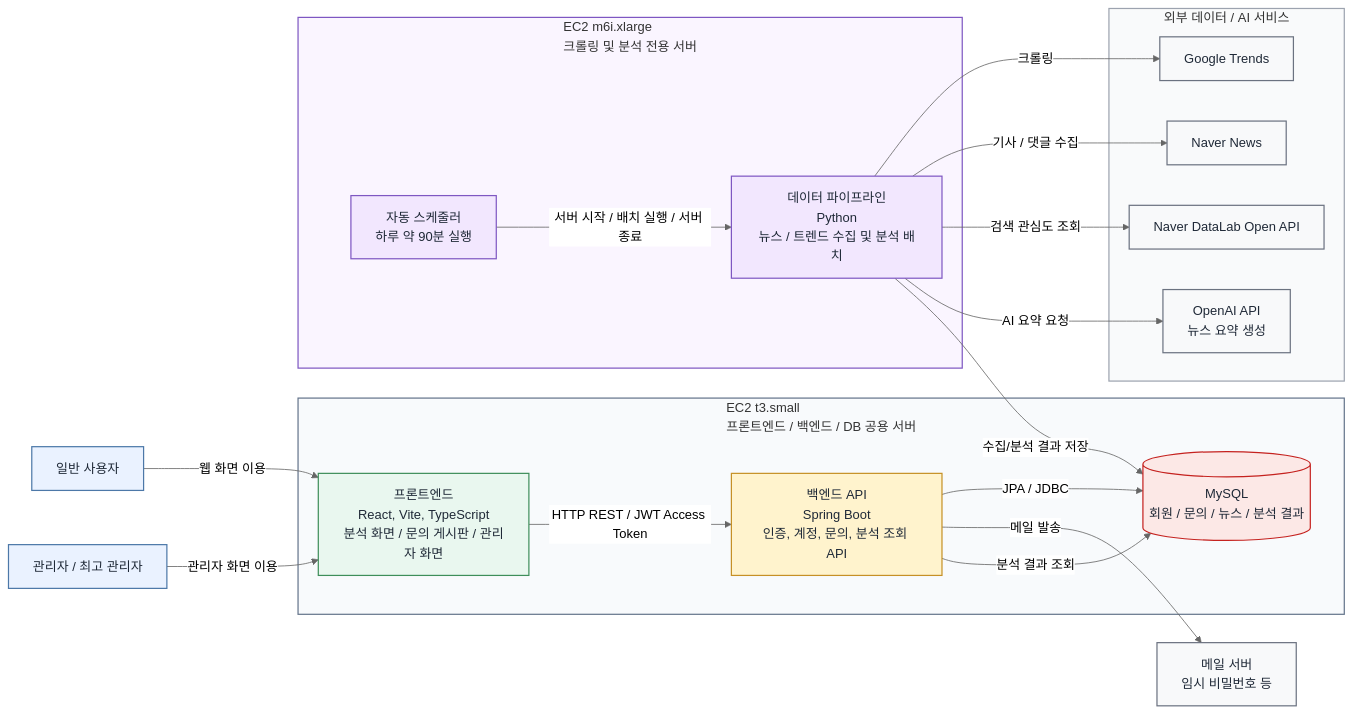
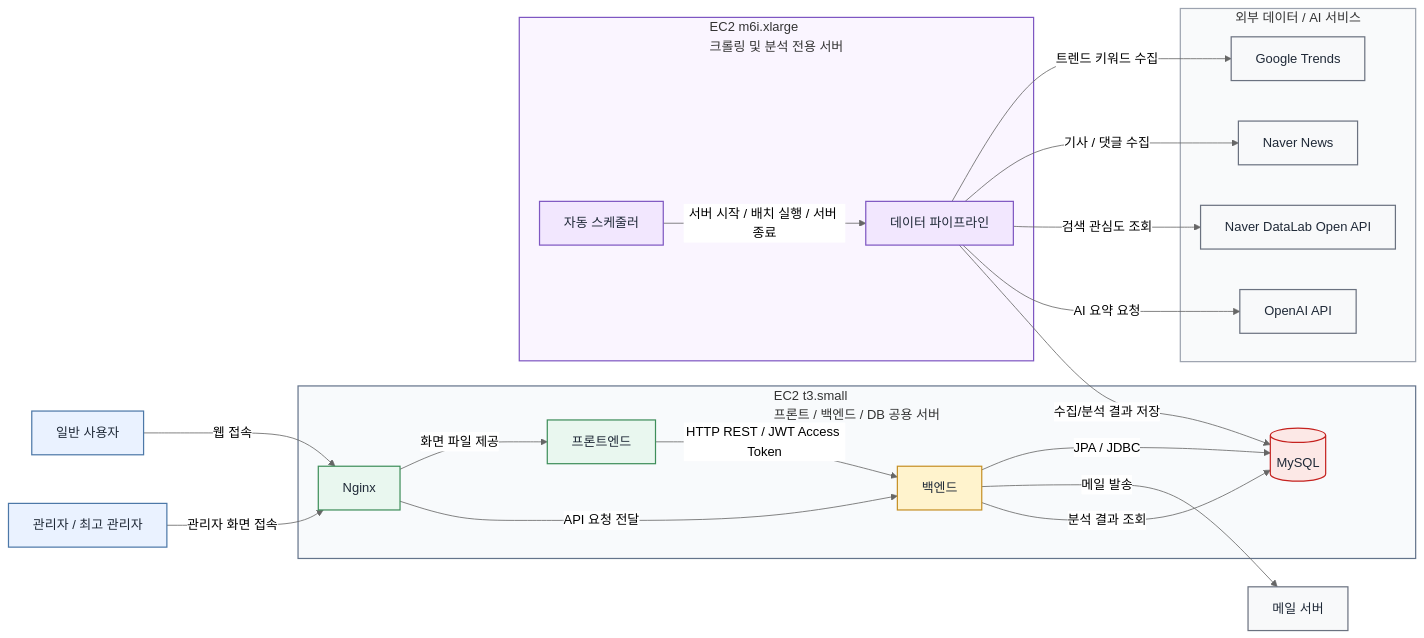
One commit to sssat/graduation-project changed the first of 5 diagrams in docs/architecture-draft.md. Above: the diagram before and after it, drawn with Mermaid (neutral theme). The commit also changed other lines of this file, not shown here.

````diff
--- a/docs/architecture-draft.md
+++ b/docs/architecture-draft.md
@@ -5,56 +5,59 @@
 ```mermaid
 flowchart LR
   User["일반 사용자"]
   Admin["관리자 / 최고 관리자"]
 
-  subgraph AppServer["EC2 t3.small<br/>프론트엔드 / 백엔드 / DB 공용 서버"]
-    Frontend["프론트엔드<br/>React, Vite, TypeScript<br/>분석 화면 / 문의 게시판 / 관리자 화면"]
-    Backend["백엔드 API<br/>Spring Boot<br/>인증, 계정, 문의, 분석 조회 API"]
-    DB[("MySQL<br/>회원 / 문의 / 뉴스 / 분석 결과")]
+  subgraph AppServer["EC2 t3.small<br/>프론트 / 백엔드 / DB 공용 서버"]
+    Nginx["Nginx"]
+    Frontend["프론트엔드"]
+    Backend["백엔드"]
+    DB[("MySQL")]
   end
 
   subgraph BatchServer["EC2 m6i.xlarge<br/>크롤링 및 분석 전용 서버"]
-    Scheduler["자동 스케줄러<br/>하루 약 90분 실행"]
-    Pipeline["데이터 파이프라인<br/>Python<br/>뉴스 / 트렌드 수집 및 분석 배치"]
+    Scheduler["자동 스케줄러"]
+    Pipeline["데이터 파이프라인"]
   end
 
   subgraph External["외부 데이터 / AI 서비스"]
     GoogleTrends["Google Trends"]
     NaverNews["Naver News"]
     NaverDataLab["Naver DataLab Open API"]
-    OpenAI["OpenAI API<br/>뉴스 요약 생성"]
+    OpenAI["OpenAI API"]
   end
 
-  Mail["메일 서버<br/>임시 비밀번호 등"]
+  Mail["메일 서버"]
 
-  User -->|"웹 화면 이용"| Frontend
-  Admin -->|"관리자 화면 이용"| Frontend
+  User -->|"웹 접속"| Nginx
+  Admin -->|"관리자 화면 접속"| Nginx
+  Nginx -->|"화면 파일 제공"| Frontend
+  Nginx -->|"API 요청 전달"| Backend
   Frontend -->|"HTTP REST / JWT Access Token"| Backend
   Backend -->|"JPA / JDBC"| DB
   Backend -->|"메일 발송"| Mail
 
   Scheduler -->|"서버 시작 / 배치 실행 / 서버 종료"| Pipeline
-  Pipeline -->|"크롤링"| GoogleTrends
+  Pipeline -->|"트렌드 키워드 수집"| GoogleTrends
   Pipeline -->|"기사 / 댓글 수집"| NaverNews
   Pipeline -->|"검색 관심도 조회"| NaverDataLab
   Pipeline -->|"AI 요약 요청"| OpenAI
   Pipeline -->|"수집/분석 결과 저장"| DB
 
   Backend -->|"분석 결과 조회"| DB
 
   classDef actor fill:#EAF2FF,stroke:#4C78A8,color:#1F2937,stroke-width:1.5px
   classDef app fill:#E9F7EF,stroke:#3E8E5A,color:#1F2937,stroke-width:1.5px
   classDef api fill:#FFF3CD,stroke:#C69026,color:#1F2937,stroke-width:1.5px
   classDef batch fill:#F2E7FE,stroke:#7E57C2,color:#1F2937,stroke-width:1.5px
   classDef db fill:#FCE8E6,stroke:#C5221F,color:#1F2937,stroke-width:1.5px
   classDef external fill:#F8F9FA,stroke:#6B7280,color:#1F2937,stroke-width:1.5px
   class User,Admin actor
-  class Frontend app
+  class Nginx,Frontend app
   class Backend api
   class Scheduler,Pipeline batch
   class DB db
   class GoogleTrends,NaverNews,NaverDataLab,OpenAI,Mail external
   style AppServer fill:#F8FAFC,stroke:#64748B,stroke-width:1.5px
   style BatchServer fill:#FAF5FF,stroke:#7E57C2,stroke-width:1.5px
   style External fill:#F9FAFB,stroke:#9CA3AF,stroke-width:1.5px
 ```
````
